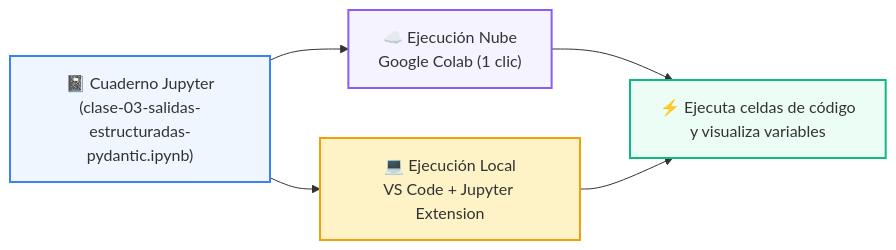
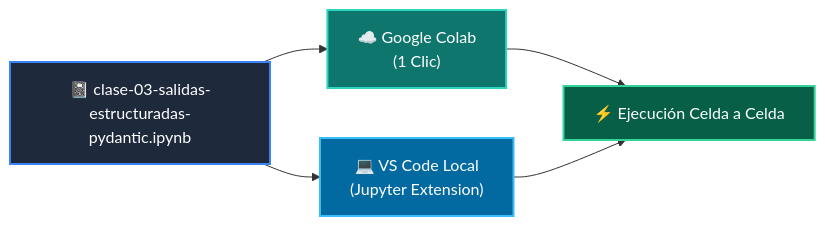
One commit to wisrovi/wisrovi-python changed the diagram in 03-agentes-ia/clase-03-salidas-estructuradas-pydantic/notebook/README.md. Above: the diagram before and after it, drawn with Mermaid. The commit also changed other lines of this file and 271 other files, not shown here.

Commit message:
docs: rewrite all README.md files with bespoke topic-specific Mermaid diagrams and remove repetitive boilerplate

````diff
--- a/03-agentes-ia/clase-03-salidas-estructuradas-pydantic/notebook/README.md
+++ b/03-agentes-ia/clase-03-salidas-estructuradas-pydantic/notebook/README.md
@@ -14,12 +12,12 @@
 ```mermaid
 flowchart LR
-    NB["📓 Cuaderno Jupyter<br/>(clase-03-salidas-estructuradas-pydantic.ipynb)"] --> COLAB["☁️ Ejecución Nube<br/>Google Colab (1 clic)"]
-    NB --> LOCAL["💻 Ejecución Local<br/>VS Code + Jupyter Extension"]
-    COLAB --> RUN["⚡ Ejecuta celdas de código<br/>y visualiza variables"]
+    NB["📓 clase-03-salidas-estructuradas-pydantic.ipynb"] --> COLAB["☁️ Google Colab<br/>(1 Clic)"]
+    NB --> LOCAL["💻 VS Code Local<br/>(Jupyter Extension)"]
+    COLAB --> RUN["⚡ Ejecución Celda a Celda"]
     LOCAL --> RUN
 
-    style NB fill:#eff6ff,stroke:#3b82f6,stroke-width:2px
-    style COLAB fill:#f5f3ff,stroke:#8b5cf6,stroke-width:2px
-    style LOCAL fill:#fef3c7,stroke:#f59e0b,stroke-width:2px
-    style RUN fill:#ecfdf5,stroke:#10b981,stroke-width:2px
+    style NB fill:#1e293b,color:#fff,stroke:#3b82f6,stroke-width:2px
+    style COLAB fill:#0f766e,color:#fff,stroke:#2dd4bf,stroke-width:2px
+    style LOCAL fill:#0369a1,color:#fff,stroke:#38bdf8,stroke-width:2px
+    style RUN fill:#065f46,color:#fff,stroke:#34d399,stroke-width:2px
 ```
````
